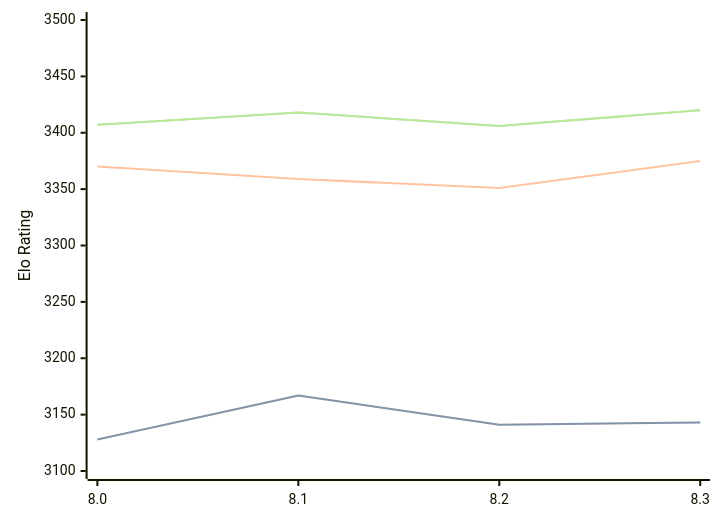
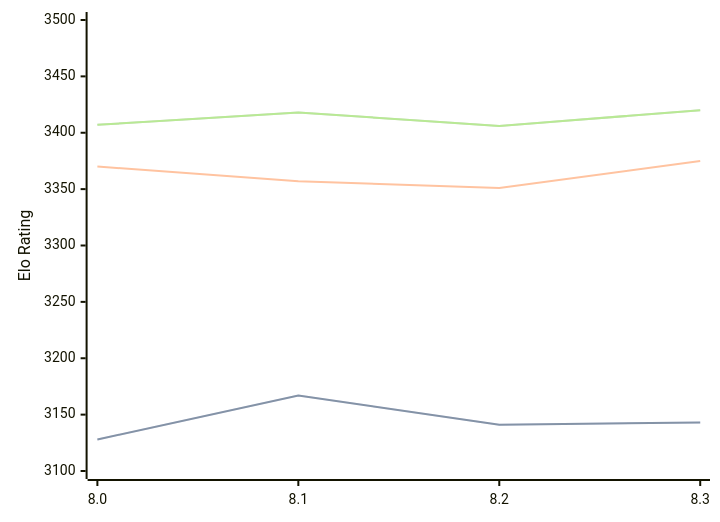
The diagram in engines/Alexander.md (computer-chess-index/cci), drawn with Mermaid before and after one commit. The commit also changed other lines of this file, not shown here.

````diff
--- a/engines/Alexander.md
+++ b/engines/Alexander.md
@@ -48,11 +48,11 @@
 ```mermaid
 %%{init: {"theme":"base","themeVariables":{"seriesColors:['#a3a3a3','#222221','#faa371']}}}%%
 xychart-beta
   x-axis ["8.0", "8.1", "8.2", "8.3"]
   y-axis "Elo Rating" 3100 --> 3500
   line "STC (8.0+0.08s)" [3128, 3167, 3141, 3143]
   line "STC (8.0+0.08s)" [3128, 3167, 3141, 3143]
-  line "LTC (60.0+0.60s)" [3370, 3359, 3351, 3375]
+  line "LTC (60.0+0.60s)" [3370, 3357, 3351, 3375]
   line "VLTC (2m24s+1.12s)" [3407, 3418, 3406, 3420]
   line "VLTC (2m24s+1.12s)" [3407, 3418, 3406, 3420]
 ```
````
